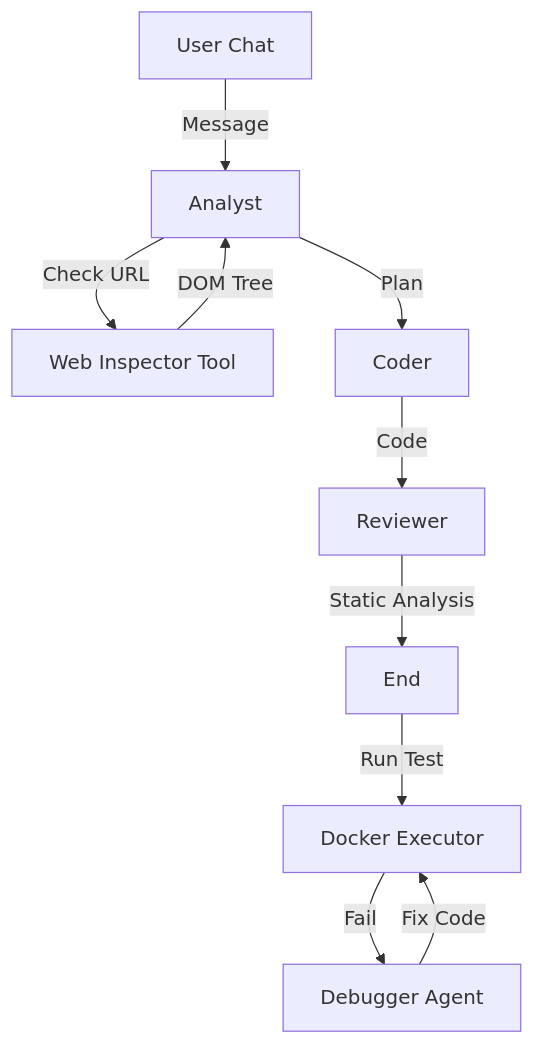
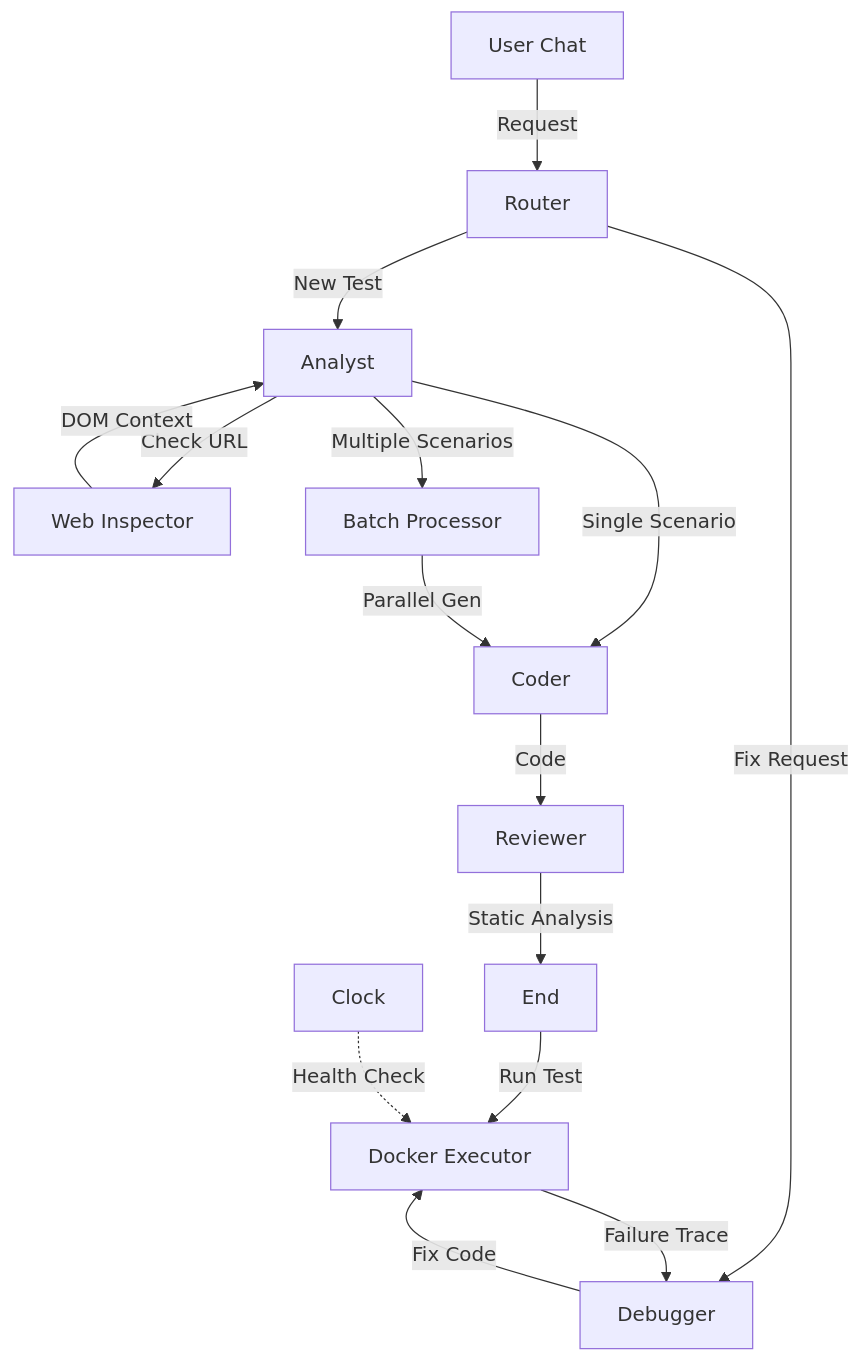
Before and after one commit to ShutovKS/copilot-audit: the diagram in README.md, drawn with Mermaid. The commit also changed other lines of this file and 14 other files, not shown here.

````diff
--- a/README.md
+++ b/README.md
@@ -48,13 +61,22 @@
 ```mermaid
 graph TD
-    User[User Chat] -->|Message| Analyst
-    Analyst -->|Check URL| Inspector[Web Inspector Tool]
-    Inspector -->|DOM Tree| Analyst
-    Analyst -->|Plan| Coder
+    User[User Chat] -->|Request| Router
+    Router -->|New Test| Analyst
+    Router -->|Fix Request| Debugger
+    
+    Analyst -->|Check URL| Inspector[Web Inspector]
+    Inspector -->|DOM Context| Analyst
+    
+    Analyst -->|Single Scenario| Coder
+    Analyst -->|Multiple Scenarios| Batch[Batch Processor]
+    
+    Batch -->|Parallel Gen| Coder
     Coder -->|Code| Reviewer
     Reviewer -->|Static Analysis| End
     
     End -->|Run Test| Executor[Docker Executor]
-    Executor -->|Fail| Debugger[Debugger Agent]
+    Executor -->|Failure Trace| Debugger
     Debugger -->|Fix Code| Executor
+    
+    Scheduler[Clock] -.->|Health Check| Executor
 ```
````
